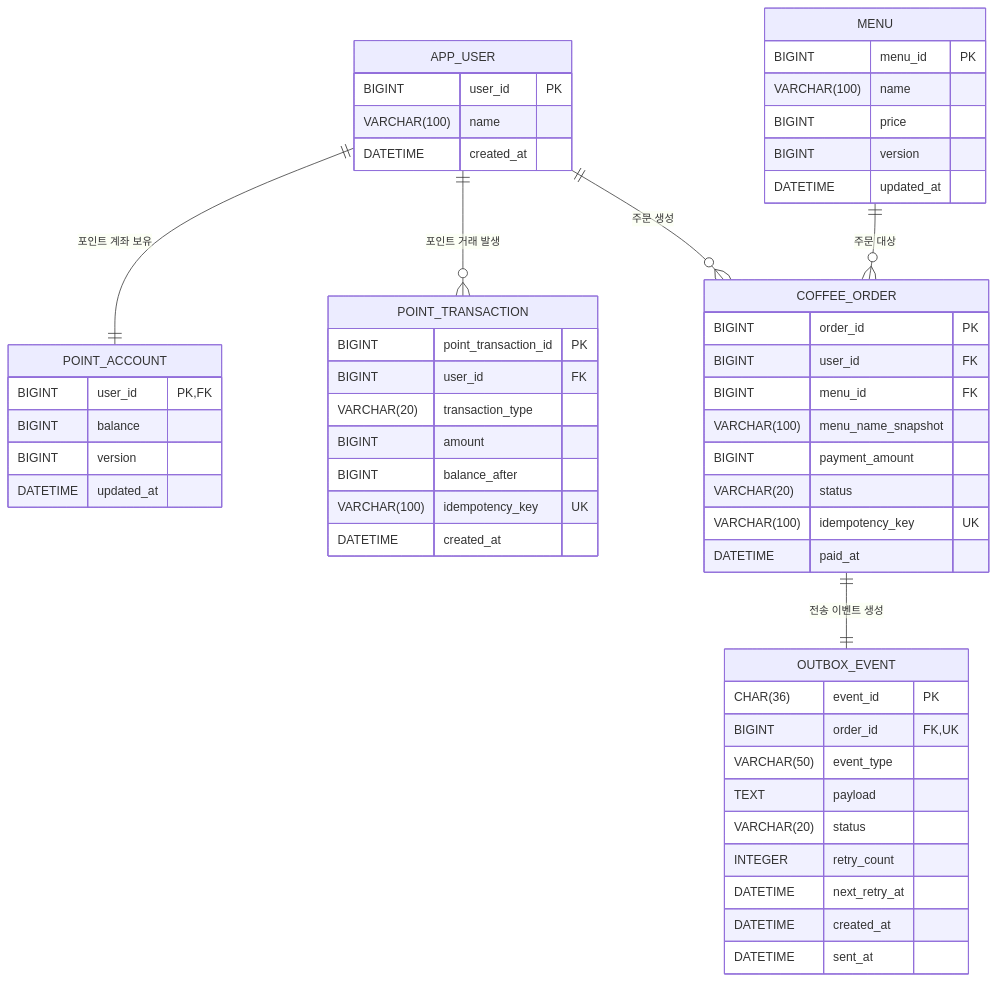
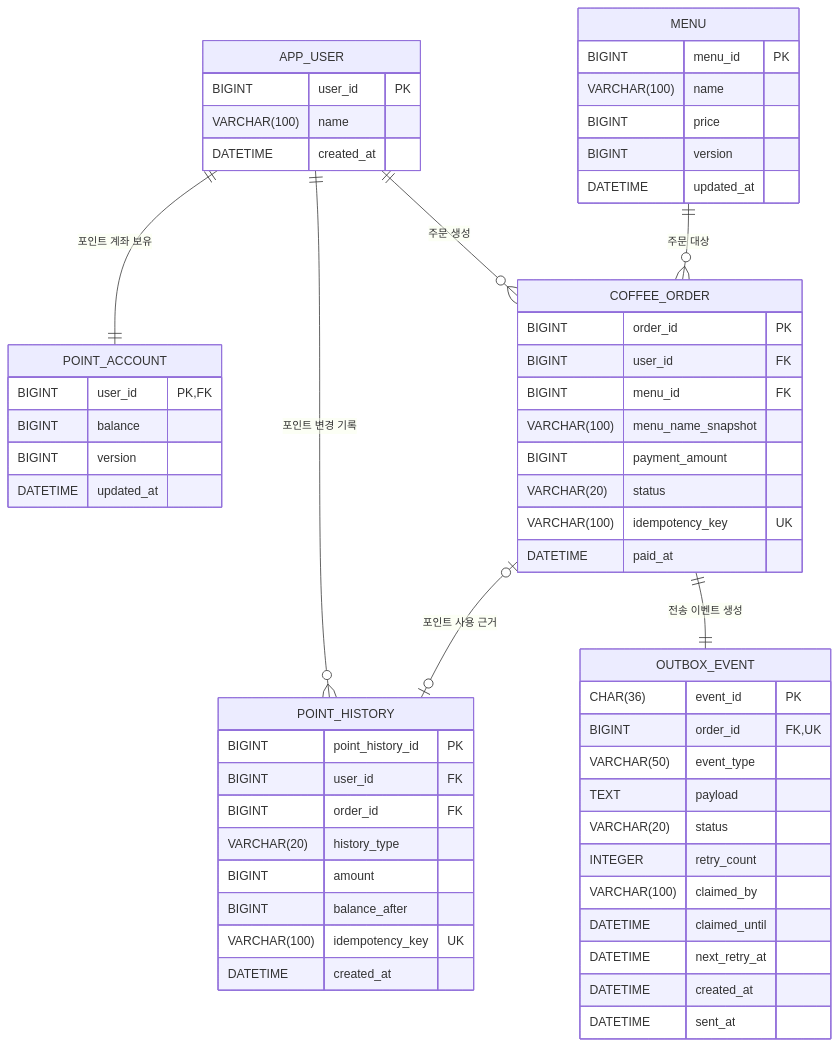
One commit to hwang67120-bit/K------- changed the diagram in README.md. Above: the diagram before and after it, drawn with Mermaid. The commit also changed other lines of this file, not shown here.

````diff
--- a/README.md
+++ b/README.md
@@ -237,62 +239,66 @@
-  ```mermaid
+```mermaid
 erDiagram
     APP_USER ||--|| POINT_ACCOUNT : "포인트 계좌 보유"
-    APP_USER ||--o{ POINT_TRANSACTION : "포인트 거래 발생"
+    APP_USER ||--o{ POINT_HISTORY : "포인트 변경 기록"
     APP_USER ||--o{ COFFEE_ORDER : "주문 생성"
     MENU ||--o{ COFFEE_ORDER : "주문 대상"
+    COFFEE_ORDER o|--o| POINT_HISTORY : "포인트 사용 근거"
     COFFEE_ORDER ||--|| OUTBOX_EVENT : "전송 이벤트 생성"
 
     APP_USER {
         BIGINT user_id PK
         VARCHAR(100) name
         DATETIME created_at
     }
 
     POINT_ACCOUNT {
         BIGINT user_id PK, FK
         BIGINT balance
         BIGINT version
         DATETIME updated_at
     }
 
-    POINT_TRANSACTION {
-        BIGINT point_transaction_id PK
+    POINT_HISTORY {
+        BIGINT point_history_id PK
         BIGINT user_id FK
-        VARCHAR(20) transaction_type
+        BIGINT order_id FK
+        VARCHAR(20) history_type
         BIGINT amount
         BIGINT balance_after
         VARCHAR(100) idempotency_key UK
         DATETIME created_at
     }
 
     MENU {
         BIGINT menu_id PK
         VARCHAR(100) name
         BIGINT price
         BIGINT version
         DATETIME updated_at
     }
 
     COFFEE_ORDER {
         BIGINT order_id PK
         BIGINT user_id FK
         BIGINT menu_id FK
         VARCHAR(100) menu_name_snapshot
         BIGINT payment_amount
         VARCHAR(20) status
         VARCHAR(100) idempotency_key UK
         DATETIME paid_at
     }
 
     OUTBOX_EVENT {
         CHAR(36) event_id PK
         BIGINT order_id FK, UK
         VARCHAR(50) event_type
         TEXT payload
         VARCHAR(20) status
         INTEGER retry_count
+        VARCHAR(100) claimed_by
+        DATETIME claimed_until
         DATETIME next_retry_at
         DATETIME created_at
         DATETIME sent_at
     }
 ```
````
